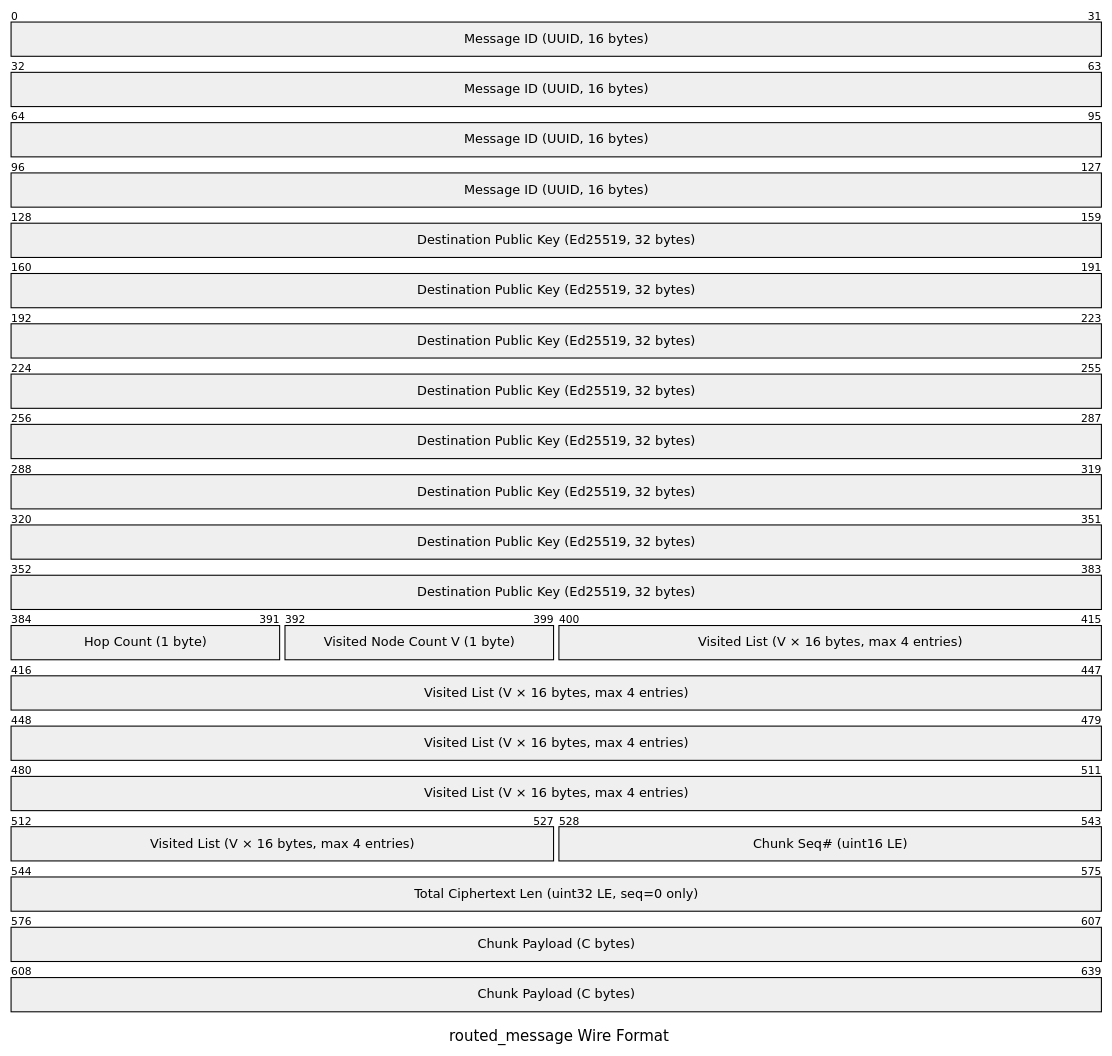
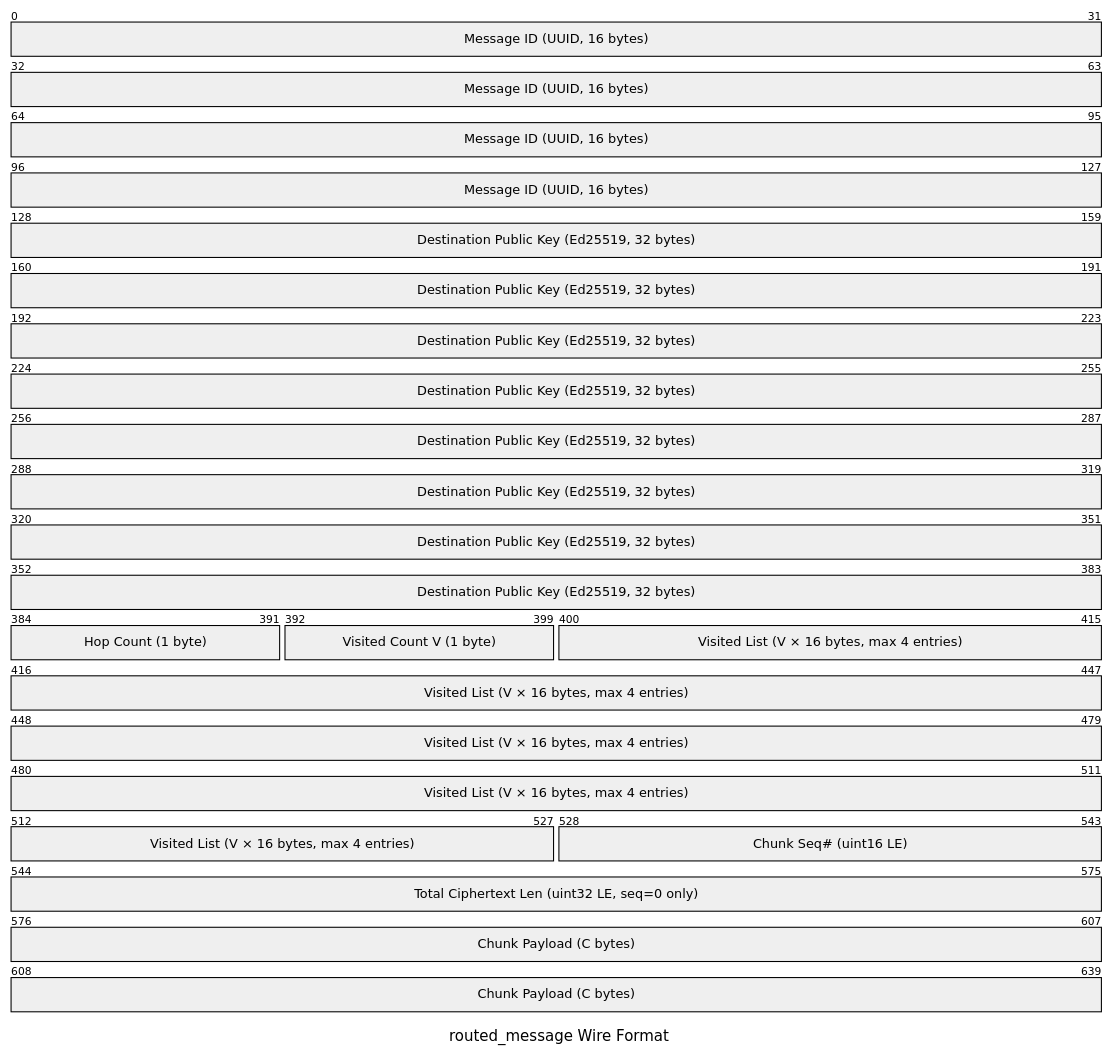
One commit to trancee/MeshLink changed the third of 21 diagrams in docs/design.md. Above: the diagram before and after it, drawn with Mermaid. The commit also changed other lines of this file and 9 other files, not shown here.

````diff
--- a/docs/design.md
+++ b/docs/design.md
@@ -391,14 +391,14 @@
 ```mermaid
 ---
 title: "routed_message Wire Format"
 ---
 packet-beta
   0-127: "Message ID (UUID, 16 bytes)"
   128-383: "Destination Public Key (Ed25519, 32 bytes)"
   384-391: "Hop Count (1 byte)"
-  392-399: "Visited Node Count V (1 byte)"
+  392-399: "Visited Count V (1 byte)"
   400-527: "Visited List (V × 16 bytes, max 4 entries)"
   528-543: "Chunk Seq# (uint16 LE)"
   544-575: "Total Ciphertext Len (uint32 LE, seq=0 only)"
   576-639: "Chunk Payload (C bytes)"
 ```
````
